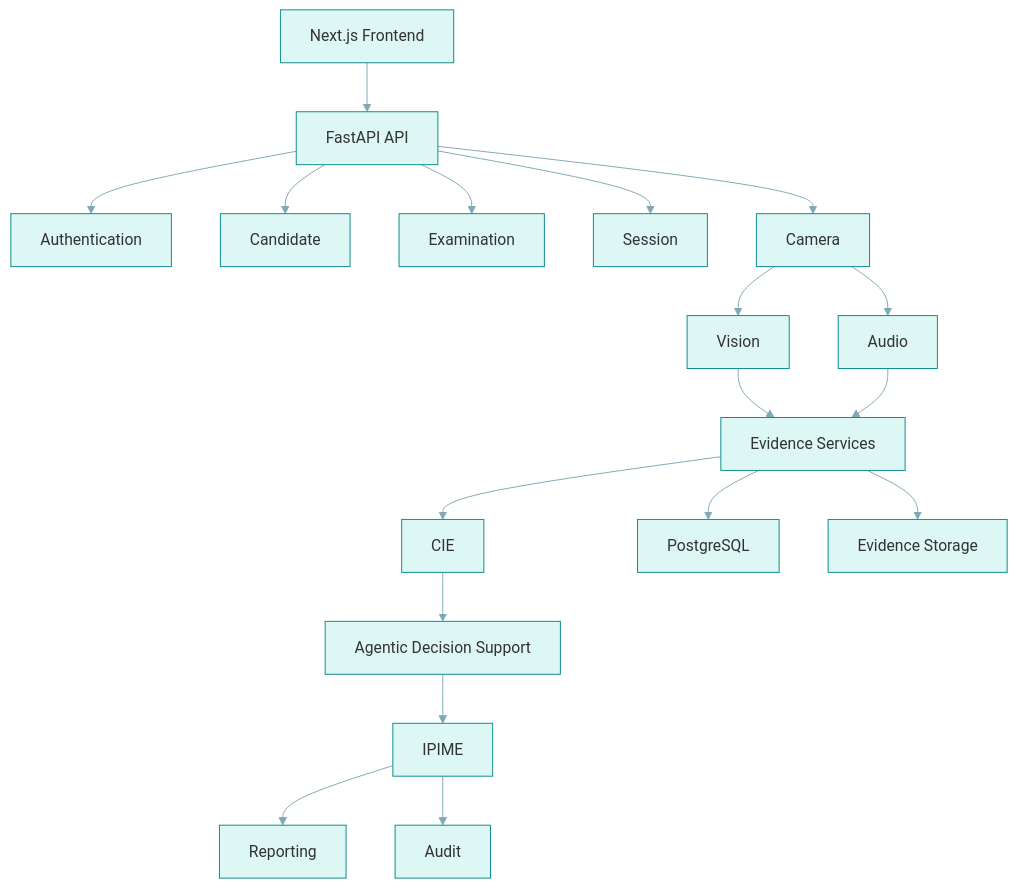
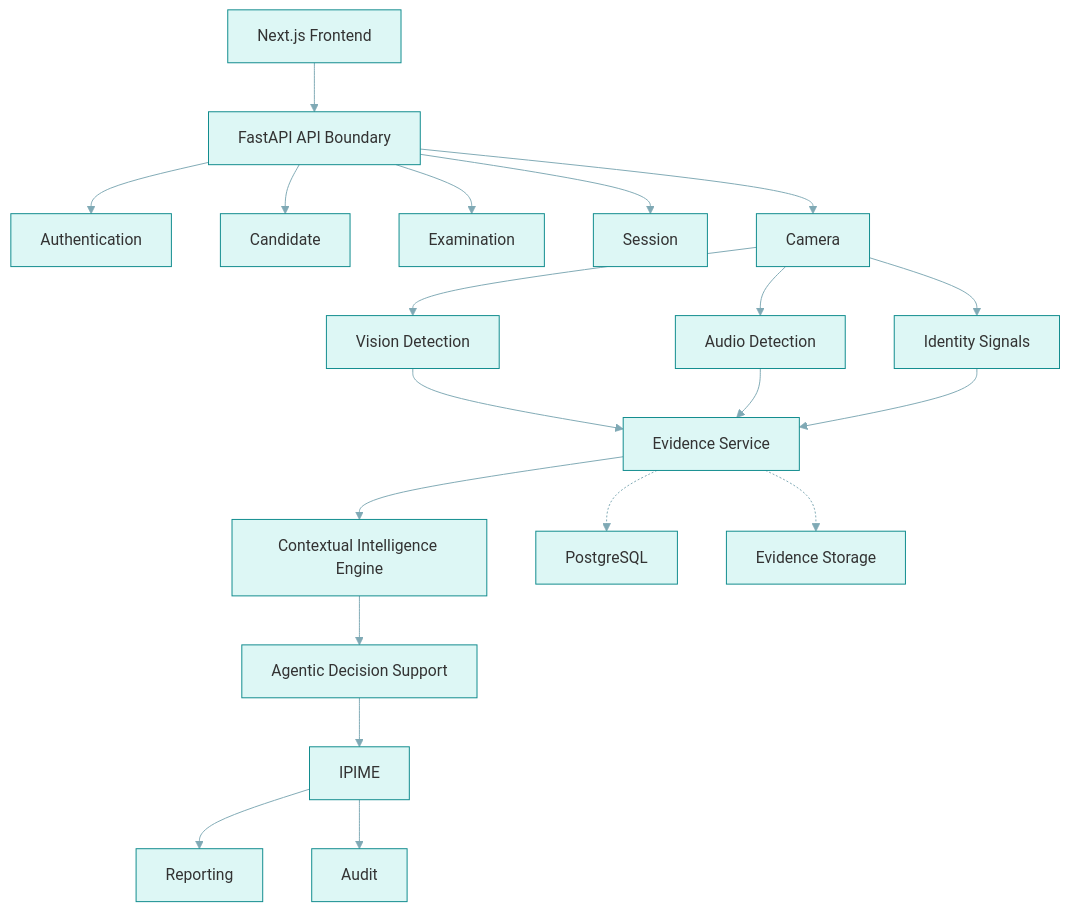
Before and after one commit to basil-emeokoro/SERPS: the diagram in docs/dissertation/chapter3/source/authoritative/Figure3_17_Component_Diagram_of_SERPS.mmd, drawn with Mermaid. The commit also changed 176 other files, not shown here.

Commit message:
docs: freeze chapter three diagrams and correct POP status

```diff
--- a/docs/dissertation/chapter3/source/authoritative/Figure3_17_Component_Diagram_of_SERPS.mmd
+++ b/docs/dissertation/chapter3/source/authoritative/Figure3_17_Component_Diagram_of_SERPS.mmd
@@ -1,19 +1,21 @@
 %%{init: {'theme': 'base', 'themeVariables': {'primaryColor': '#DDF7F5', 'primaryBorderColor': '#0F8B8D', 'lineColor': '#7FA9B5', 'fontFamily': 'Segoe UI, Arial'}}}%%
 flowchart TB
-  Web[Next.js Frontend] --> API[FastAPI API]
+  Web[Next.js Frontend] --> API[FastAPI API Boundary]
   API --> Auth[Authentication]
-  API --> Candidate
-  API --> Examination
-  API --> Session
-  API --> Camera
-  Camera --> Vision
-  Camera --> Audio
-  Vision --> Evidence[Evidence Services]
+  API --> Candidate[Candidate]
+  API --> Exam[Examination]
+  API --> Session[Session]
+  API --> Camera[Camera]
+  Camera --> Vision[Vision Detection]
+  Camera --> Audio[Audio Detection]
+  Camera --> Identity[Identity Signals]
+  Vision --> Evidence[Evidence Service]
   Audio --> Evidence
-  Evidence --> CIE
+  Identity --> Evidence
+  Evidence --> CIE[Contextual Intelligence Engine]
   CIE --> Agentic[Agentic Decision Support]
-  Agentic --> IPIME
+  Agentic --> IPIME[IPIME]
   IPIME --> Reporting
   IPIME --> Audit
-  Evidence --> PostgreSQL
-  Evidence --> Storage[Evidence Storage]
+  Evidence -.-> PostgreSQL
+  Evidence -.-> Storage[Evidence Storage]
```
